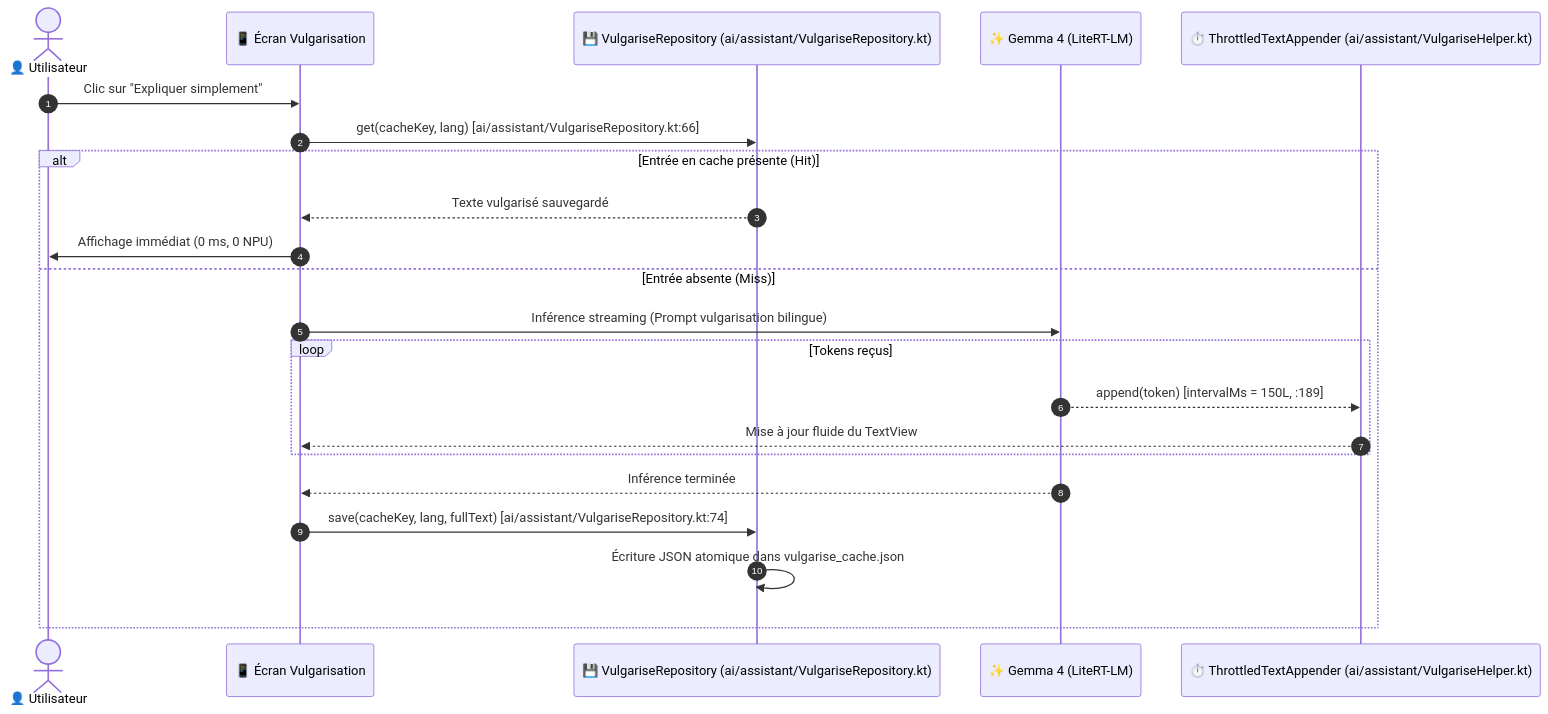
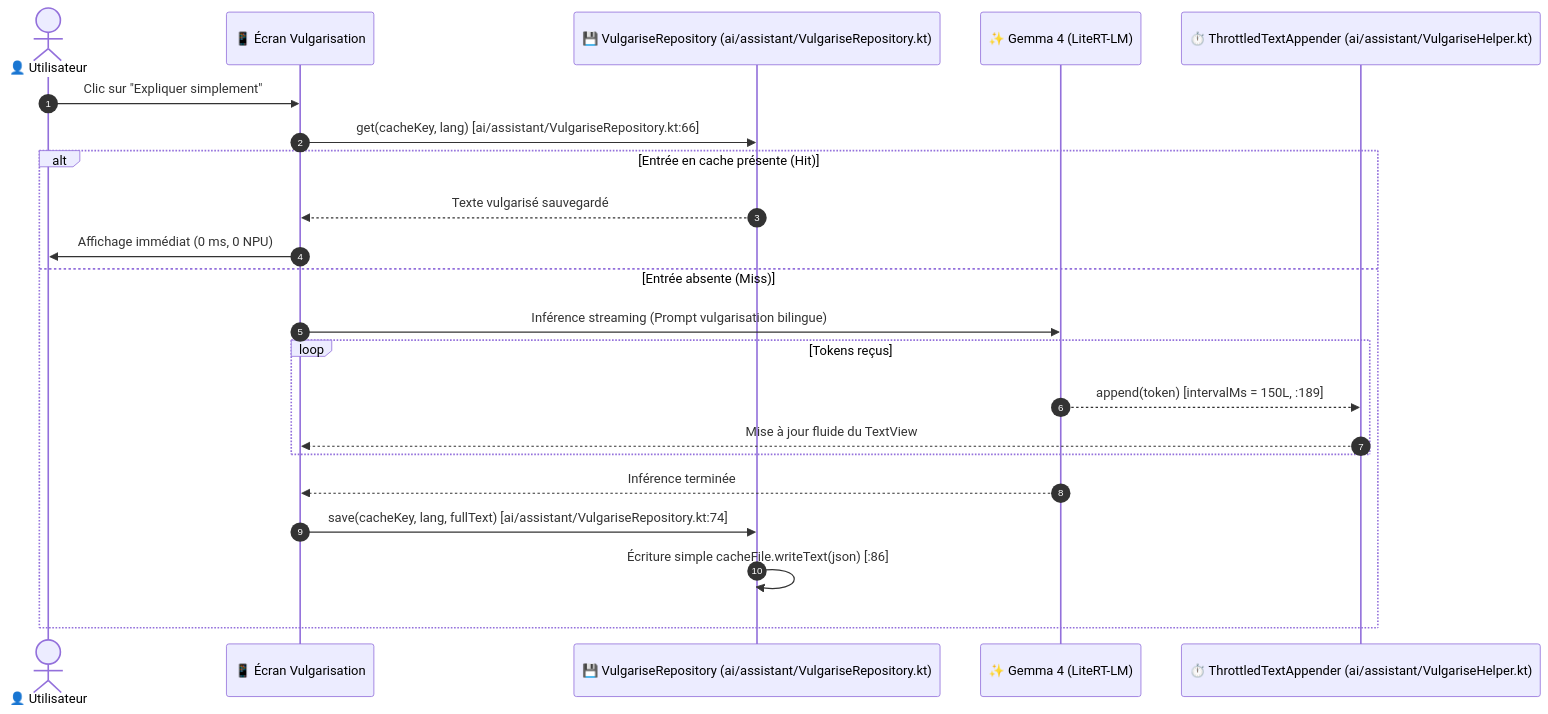
One commit to kurodohenroonsen/JemmaPass changed diagram 17 of 21 in docs/DOCUMENTATION_UML_FONCTIONNELLE.md. Above: the diagram before and after it, drawn with Mermaid. The commit also changed other lines of this file and 1 other file, not shown here.

````diff
--- a/docs/DOCUMENTATION_UML_FONCTIONNELLE.md
+++ b/docs/DOCUMENTATION_UML_FONCTIONNELLE.md
@@ -762,25 +765,25 @@
 ```mermaid
 sequenceDiagram
     autonumber
     actor User as 👤 Utilisateur
     participant UI as 📱 Écran Vulgarisation
     participant Repo as 💾 VulgariseRepository (ai/assistant/VulgariseRepository.kt)
     participant Gemma as ✨ Gemma 4 (LiteRT-LM)
     participant Buffer as ⏱️ ThrottledTextAppender (ai/assistant/VulgariseHelper.kt)
 
     User->>UI: Clic sur "Expliquer simplement"
     UI->>Repo: get(cacheKey, lang) [ai/assistant/VulgariseRepository.kt:66]
     alt Entrée en cache présente (Hit)
         Repo-->>UI: Texte vulgarisé sauvegardé
         UI->>User: Affichage immédiat (0 ms, 0 NPU)
     else Entrée absente (Miss)
         UI->>Gemma: Inférence streaming (Prompt vulgarisation bilingue)
         loop Tokens reçus
             Gemma-->>Buffer: append(token) [intervalMs = 150L, :189]
             Buffer-->>UI: Mise à jour fluide du TextView
         end
         Gemma-->>UI: Inférence terminée
         UI->>Repo: save(cacheKey, lang, fullText) [ai/assistant/VulgariseRepository.kt:74]
-        Repo->>Repo: Écriture JSON atomique dans vulgarise_cache.json
+        Repo->>Repo: Écriture simple cacheFile.writeText(json) [:86]
     end
 ```
````
